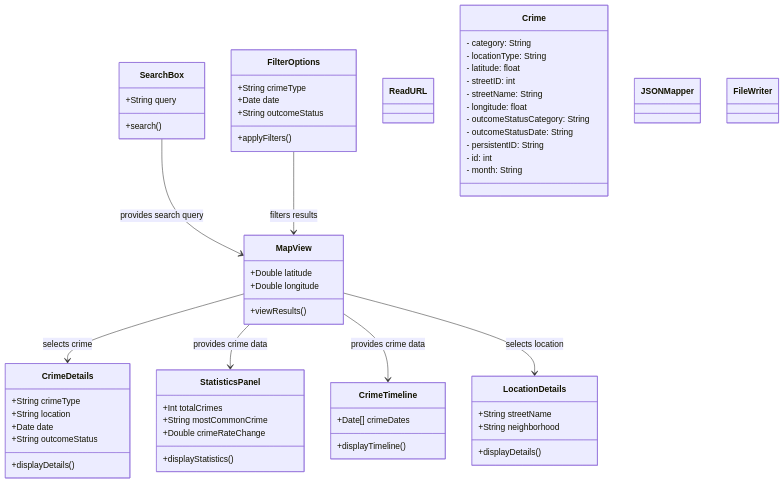
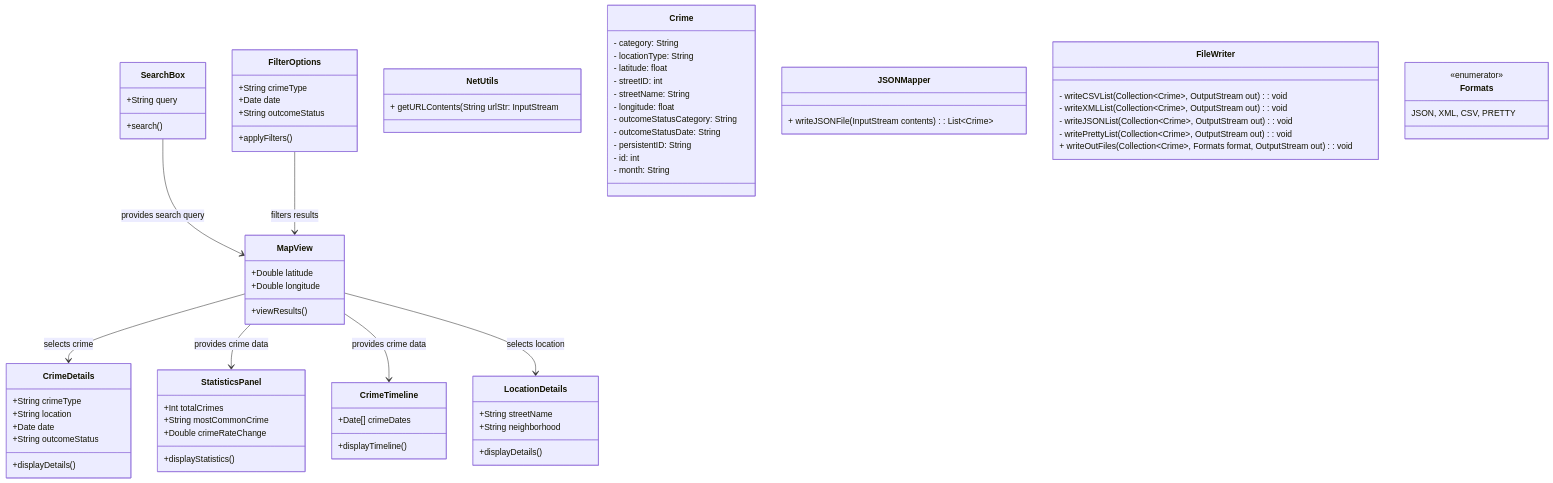
Before and after one commit to wbeeker/UK-Crime-Data: the diagram in DesignDocuments/README.md, drawn with Mermaid.

````diff
--- a/DesignDocuments/README.md
+++ b/DesignDocuments/README.md
@@ -27,66 +27,77 @@
 ```mermaid
 classDiagram
     class SearchBox {
         +String query
         +search()
     }
     class MapView {
         +Double latitude
         +Double longitude
         +viewResults()
     }
     class CrimeDetails {
         +String crimeType
         +String location
         +Date date
         +String outcomeStatus
         +displayDetails()
     }
     class FilterOptions {
         +String crimeType
         +Date date
         +String outcomeStatus
         +applyFilters()
     }
     class StatisticsPanel {
         +Int totalCrimes
         +String mostCommonCrime
         +Double crimeRateChange
         +displayStatistics()
     }
     class CrimeTimeline {
         +Date[] crimeDates
         +displayTimeline()
     }
     class LocationDetails {
         +String streetName
         +String neighborhood
         +displayDetails()
     }
-    class ReadURL {
+    class NetUtils {
+        + getURLContents(String urlStr: InputStream
     }
     class Crime {
         - category: String
         - locationType: String
         - latitude: float
         - streetID: int
         - streetName: String
         - longitude: float
         - outcomeStatusCategory: String
         - outcomeStatusDate: String
         - persistentID: String
         - id: int
         - month: String
     }
     class JSONMapper {
+        + writeJSONFile(InputStream contents): List~Crime~
     }
     class FileWriter {
+        - writeCSVList(Collection~Crime~, OutputStream out): void
+        - writeXMLList(Collection~Crime~, OutputStream out): void
+        - writeJSONList(Collection~Crime~, OutputStream out): void
+        - writePrettyList(Collection~Crime~, OutputStream out): void
+        + writeOutFiles(Collection~Crime~, Formats format, OutputStream out): void
+    }
+    class Formats {
+    <<enumerator>>
+    JSON, XML, CSV, PRETTY
     }
     SearchBox --> MapView : provides search query
     MapView --> CrimeDetails : selects crime
     FilterOptions --> MapView : filters results
     MapView --> StatisticsPanel : provides crime data
     MapView --> CrimeTimeline : provides crime data
     MapView --> LocationDetails : selects location
 
 ```
````
